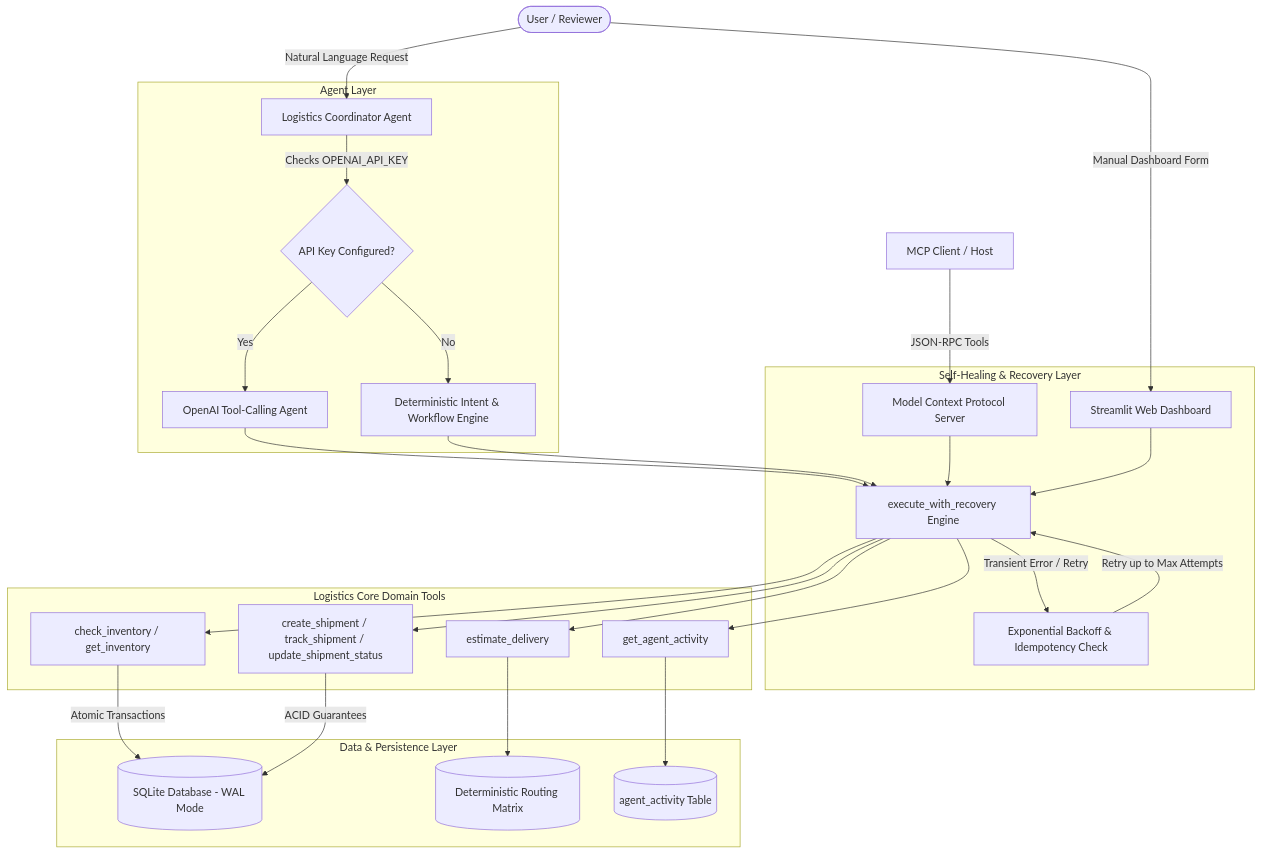
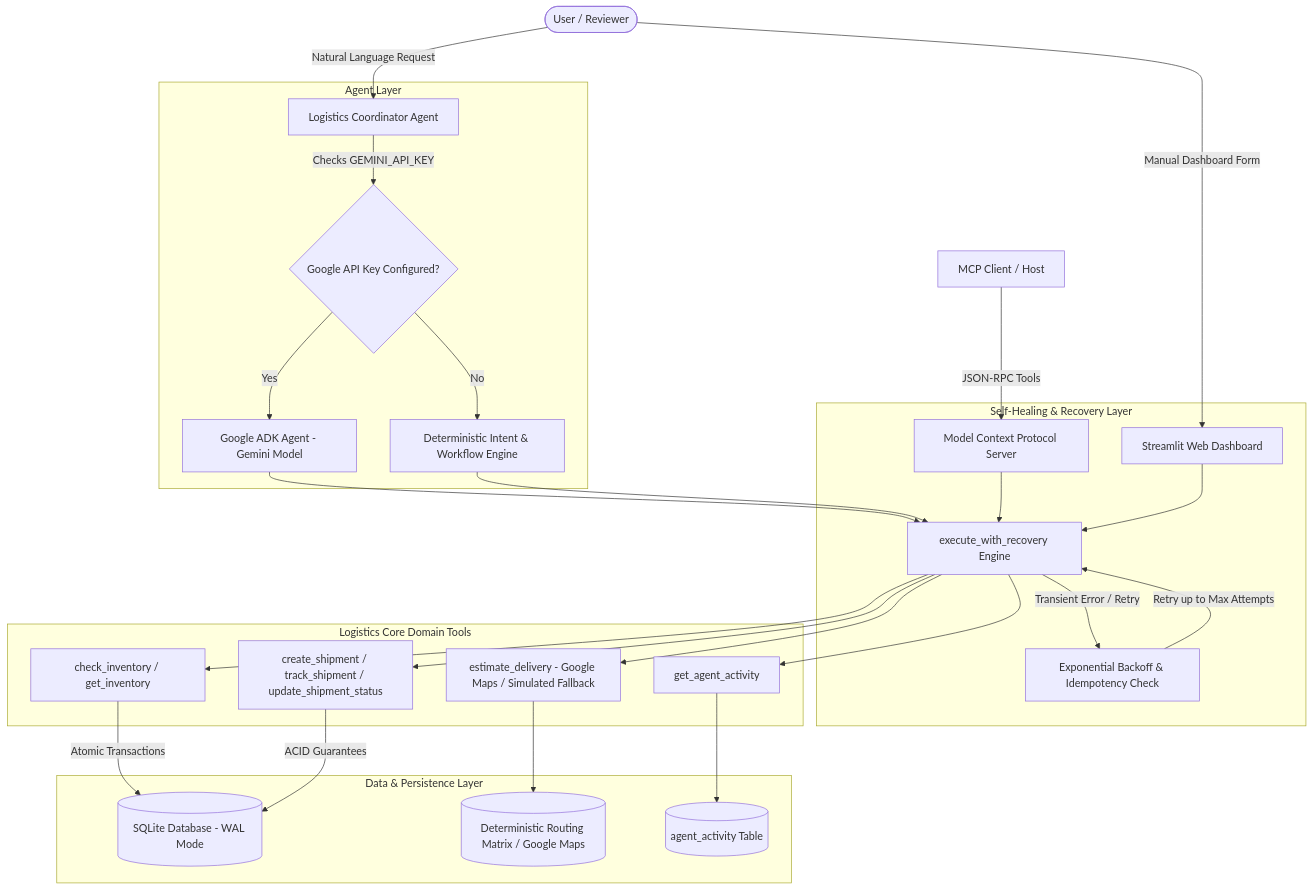
One commit to viharkmanoj/Logistics-Handler-agent changed the first of 3 diagrams in docs/architecture.md. Above: the diagram before and after it, drawn with Mermaid. The commit also changed other lines of this file and 8 other files, not shown here.

Commit message:
feat: adapt agent framework to Google ADK with Google Gemini model

````diff
--- a/docs/architecture.md
+++ b/docs/architecture.md
@@ -7,35 +7,35 @@
 ```mermaid
 flowchart TD
     User([User / Reviewer]) -->|Natural Language Request| Agent[Logistics Coordinator Agent]
     User -->|Manual Dashboard Form| StreamlitUI[Streamlit Web Dashboard]
     ExternalMCP[MCP Client / Host] -->|JSON-RPC Tools| MCPServer[Model Context Protocol Server]
 
     subgraph Agent Layer
-        Agent -->|Checks OPENAI_API_KEY| ModeRouter{API Key Configured?}
-        ModeRouter -->|Yes| OpenAIAgent[OpenAI Tool-Calling Agent]
+        Agent -->|Checks GEMINI_API_KEY| ModeRouter{Google API Key Configured?}
+        ModeRouter -->|Yes| ADKGeminiAgent[Google ADK Agent - Gemini Model]
         ModeRouter -->|No| DemoEngine[Deterministic Intent & Workflow Engine]
     end
 
     subgraph Self-Healing & Recovery Layer
-        OpenAIAgent --> ExecRecovery[execute_with_recovery Engine]
+        ADKGeminiAgent --> ExecRecovery[execute_with_recovery Engine]
         DemoEngine --> ExecRecovery
         MCPServer --> ExecRecovery
         StreamlitUI --> ExecRecovery
         ExecRecovery -->|Transient Error / Retry| Backoff[Exponential Backoff & Idempotency Check]
         Backoff -->|Retry up to Max Attempts| ExecRecovery
     end
 
     subgraph Logistics Core Domain Tools
         ExecRecovery --> ToolInv[check_inventory / get_inventory]
         ExecRecovery --> ToolShip[create_shipment / track_shipment / update_shipment_status]
-        ExecRecovery --> ToolRoute[estimate_delivery]
+        ExecRecovery --> ToolRoute[estimate_delivery - Google Maps / Simulated Fallback]
         ExecRecovery --> ToolAudit[get_agent_activity]
     end
 
     subgraph Data & Persistence Layer
         ToolInv -->|Atomic Transactions| SQLite[(SQLite Database - WAL Mode)]
         ToolShip -->|ACID Guarantees| SQLite
-        ToolRoute --> DistanceMatrix[(Deterministic Routing Matrix)]
+        ToolRoute --> DistanceMatrix[(Deterministic Routing Matrix / Google Maps)]
         ToolAudit --> ActivityLogs[(agent_activity Table)]
     end
 ```
````
